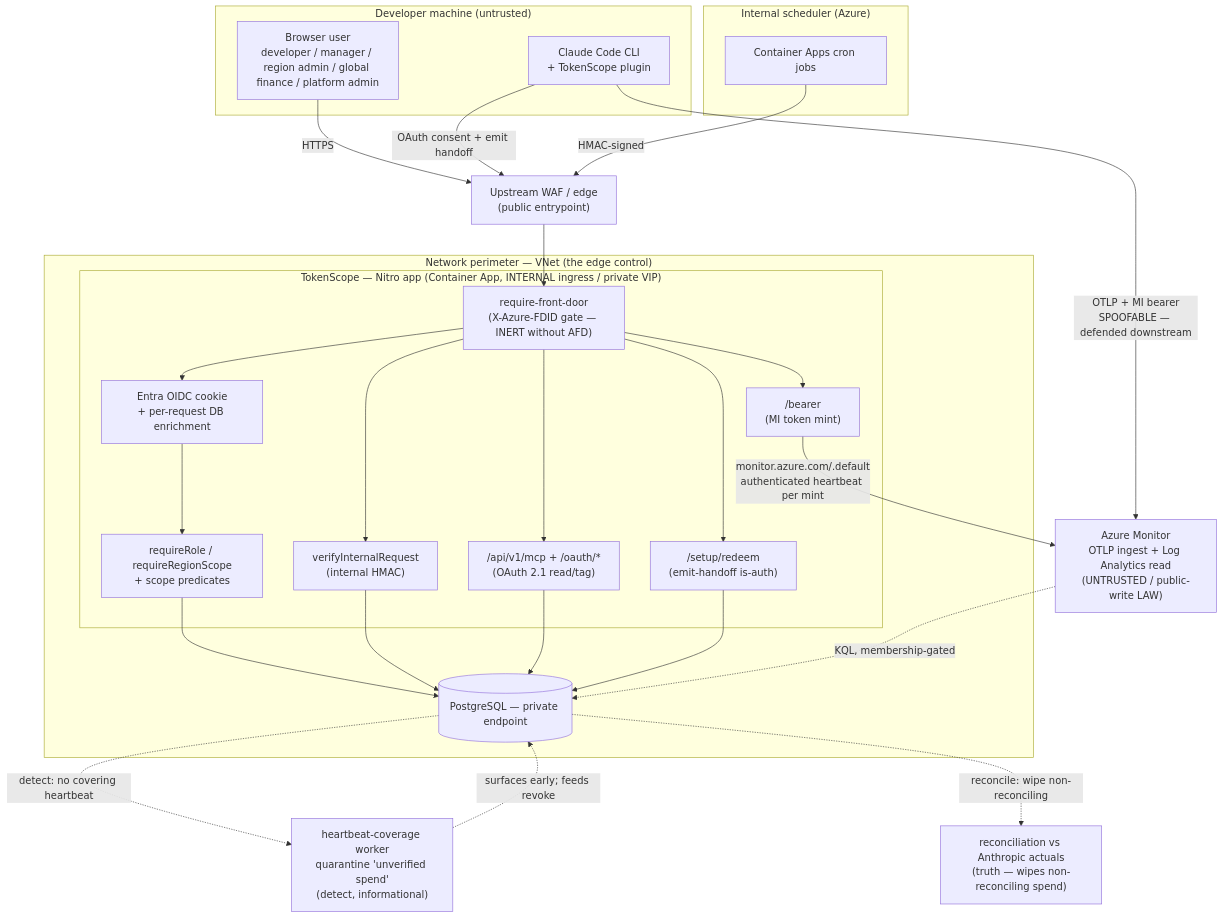
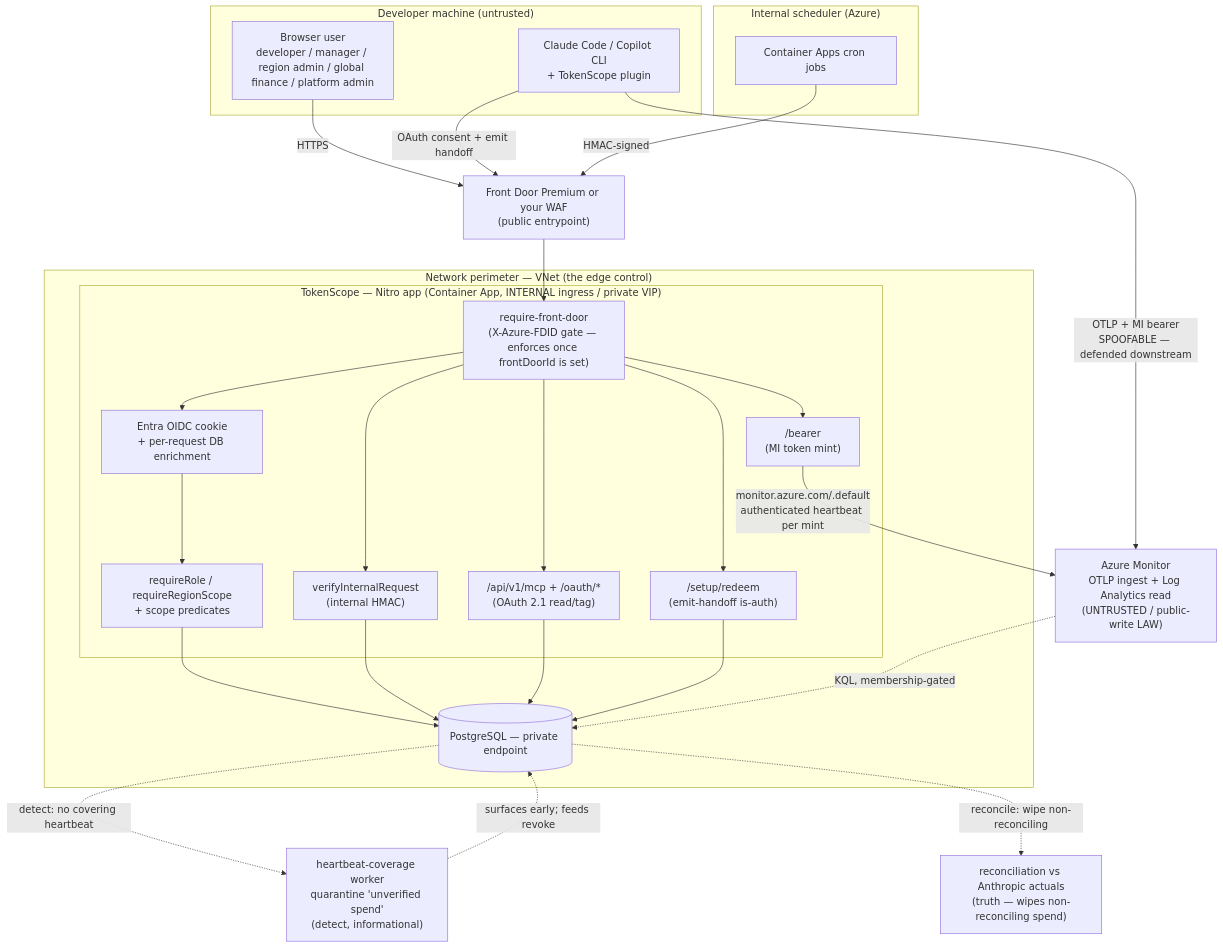
The diagram in docs/wiki/Security-Overview.md (Insight-Services-APAC/tokenscope-public), drawn with Mermaid before and after one commit. The commit also changed other lines of this file and 66 other files, not shown here.

Commit message:
Release snapshot 2026-09-29 (cba982b4): tested staging/production deployment with Front Door Premium over Private Link, example GitHub Actions workflows, public docs sweep

````diff
--- a/docs/wiki/Security-Overview.md
+++ b/docs/wiki/Security-Overview.md
@@ -50,44 +49,44 @@
 ```mermaid
 flowchart TB
     subgraph DevZone["Developer machine (untrusted)"]
         BR["Browser user<br/>developer / manager / region admin / global finance / platform admin"]
-        CC["Claude Code CLI<br/>+ TokenScope plugin"]
+        CC["Claude Code / Copilot CLI<br/>+ TokenScope plugin"]
     end
     subgraph InternalZone["Internal scheduler (Azure)"]
         CRON["Container Apps cron jobs"]
     end
 
-    WAF["Upstream WAF / edge<br/>(public entrypoint)"]
+    WAF["Front Door Premium or your WAF<br/>(public entrypoint)"]
 
     subgraph Perimeter["Network perimeter — VNet (the edge control)"]
     subgraph AppZone["TokenScope — Nitro app (Container App, INTERNAL ingress / private VIP)"]
-        FD["require-front-door<br/>(X-Azure-FDID gate — INERT without AFD)"]
+        FD["require-front-door<br/>(X-Azure-FDID gate — enforces once frontDoorId is set)"]
         OIDC["Entra OIDC cookie<br/>+ per-request DB enrichment"]
         RBAC["requireRole / requireRegionScope<br/>+ scope predicates"]
         HMACI["verifyInternalRequest<br/>(internal HMAC)"]
         OAUTH["/api/v1/mcp + /oauth/*<br/>(OAuth 2.1 read/tag)"]
         SETUP["/setup/redeem<br/>(emit-handoff is-auth)"]
         BEARER["/bearer<br/>(MI token mint)"]
     end
     PG[("PostgreSQL — private endpoint")]
     end
 
     AZ["Azure Monitor<br/>OTLP ingest + Log Analytics read<br/>(UNTRUSTED / public-write LAW)"]
     HB["heartbeat-coverage worker<br/>quarantine 'unverified spend'<br/>(detect, informational)"]
     REC["reconciliation vs Anthropic actuals<br/>(truth — wipes non-reconciling spend)"]
 
     BR -->|HTTPS| WAF
     CC -->|OAuth consent + emit handoff| WAF
     CRON -->|HMAC-signed| WAF
     WAF --> FD
     FD --> OIDC --> RBAC --> PG
     FD --> HMACI --> PG
     FD --> OAUTH --> PG
     FD --> SETUP --> PG
     FD --> BEARER -->|monitor.azure.com/.default<br/>authenticated heartbeat per mint| AZ
     CC -->|OTLP + MI bearer<br/>SPOOFABLE — defended downstream| AZ
     AZ -.->|KQL, membership-gated| PG
     PG -.->|detect: no covering heartbeat| HB
     HB -.->|surfaces early; feeds revoke| PG
     PG -.->|reconcile: wipe non-reconciling| REC
 ```
````
